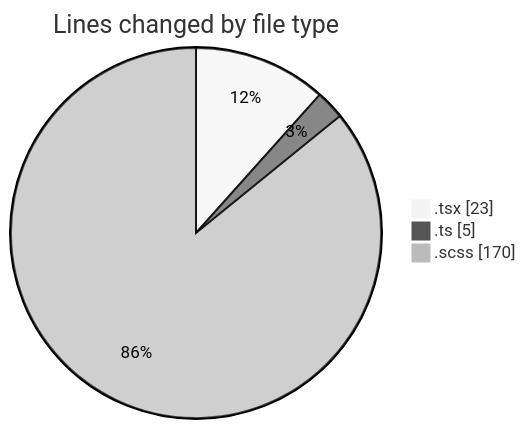
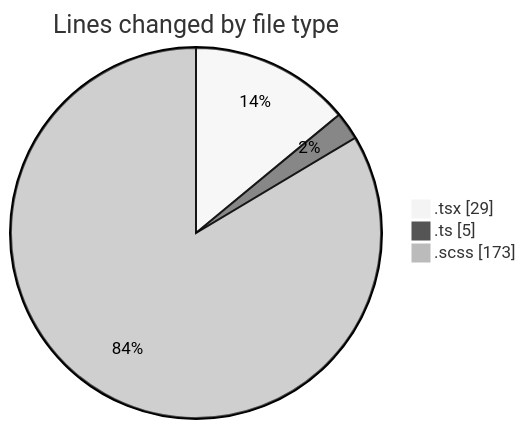
Before and after one commit to momahboobian/code-tracking: the first of 2 diagrams in 2025-02-28/cda/README.md, drawn with Mermaid (neutral theme). The commit also changed other lines of this file and 1 other file, not shown here.

````diff
--- a/2025-02-28/cda/README.md
+++ b/2025-02-28/cda/README.md
@@ -24,7 +24,7 @@
 ```mermaid
 pie showData
 title Lines changed by file type
-".tsx" : 23
+".tsx" : 29
 ".ts" : 5
-".scss" : 170
+".scss" : 173
 ```
````
